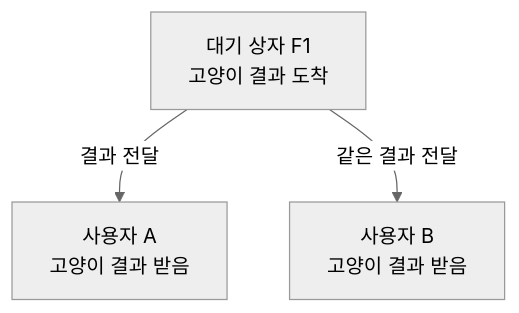
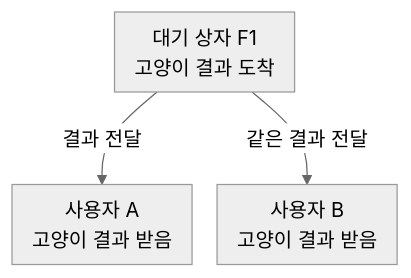
The fifth of 7 diagrams in content/study/cs/single-flight-shared-future.mdx (jhkimm96/jihee-portfolio), drawn with Mermaid (neutral theme) before and after one commit. The commit also changed other lines of this file and 5 other files, not shown here.

````diff
--- a/content/study/cs/single-flight-shared-future.mdx
+++ b/content/study/cs/single-flight-shared-future.mdx
@@ -137,5 +139,6 @@
 ```mermaid
+%%{init: {"flowchart": {"nodeSpacing": 20, "padding": 8}}}%%
 flowchart TD
     F["대기 상자 F1<br/>고양이 결과 도착"] -->|"결과 전달"| A["사용자 A<br/>고양이 결과 받음"]
     F -->|"같은 결과 전달"| B["사용자 B<br/>고양이 결과 받음"]
 ```
````
